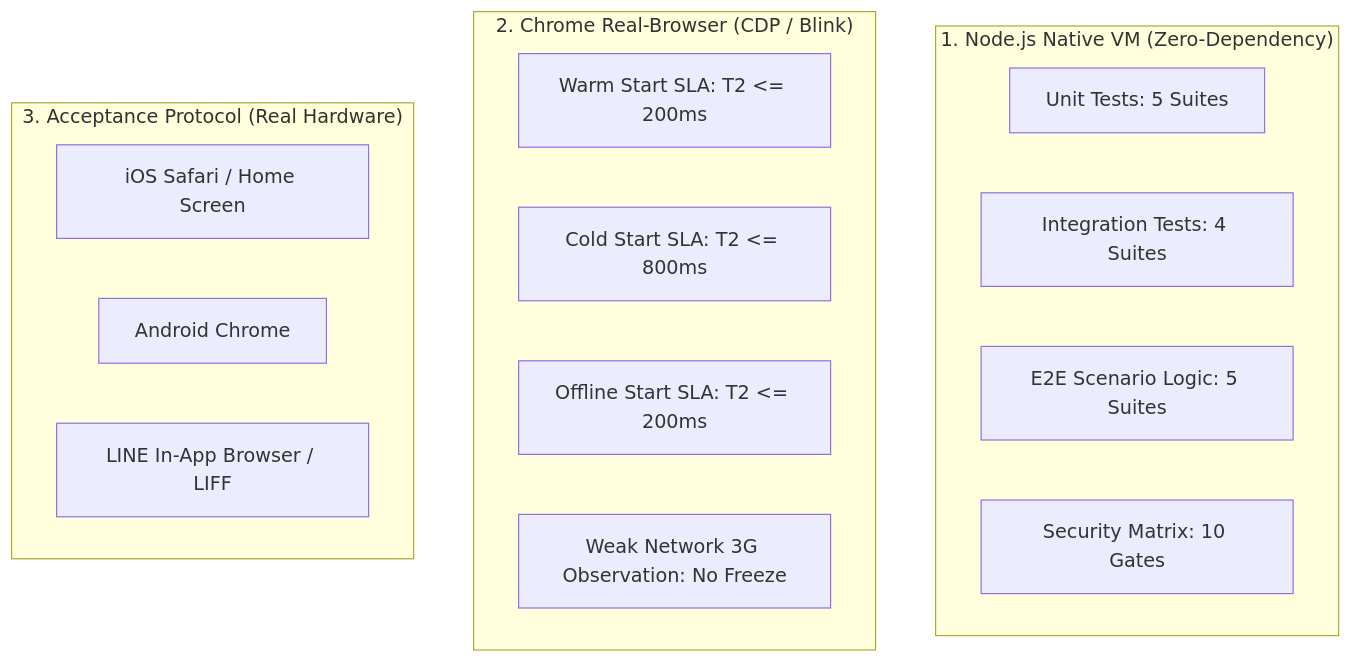
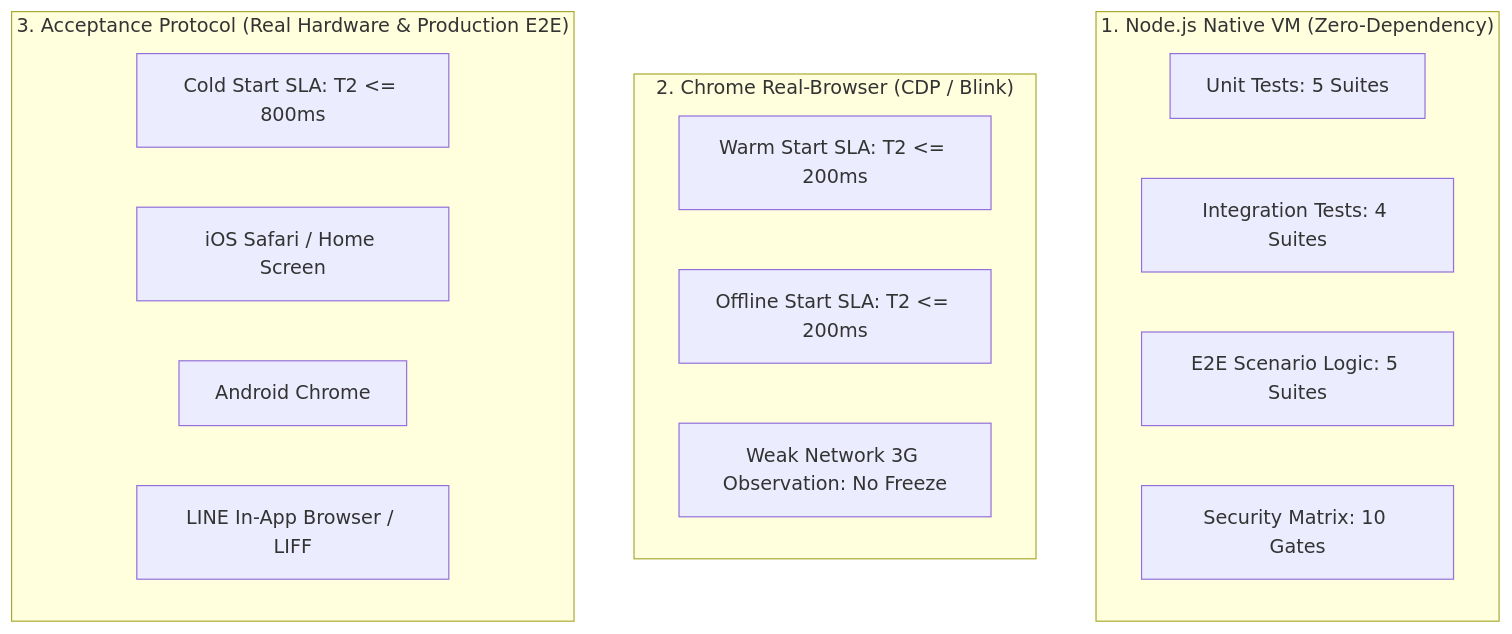
The diagram in docs/architecture/decisions/ADR-017_TESTING_ARCHITECTURE.md (K-IWASA-MK/posting-map-kuwana), drawn with Mermaid before and after one commit. The commit also changed other lines of this file and 11 other files, not shown here.

````diff
--- a/docs/architecture/decisions/ADR-017_TESTING_ARCHITECTURE.md
+++ b/docs/architecture/decisions/ADR-017_TESTING_ARCHITECTURE.md
@@ -83,22 +83,22 @@
 ```mermaid
 graph TD
     subgraph "1. Node.js Native VM (Zero-Dependency)"
         Unit[Unit Tests: 5 Suites]
         Integration[Integration Tests: 4 Suites]
         E2E_Logic[E2E Scenario Logic: 5 Suites]
         Security[Security Matrix: 10 Gates]
     end
 
     subgraph "2. Chrome Real-Browser (CDP / Blink)"
         PerfWarm[Warm Start SLA: T2 <= 200ms]
-        PerfCold[Cold Start SLA: T2 <= 800ms]
         PerfOffline[Offline Start SLA: T2 <= 200ms]
         WeakNet[Weak Network 3G Observation: No Freeze]
     end
 
-    subgraph "3. Acceptance Protocol (Real Hardware)"
+    subgraph "3. Acceptance Protocol (Real Hardware & Production E2E)"
+        PerfCold[Cold Start SLA: T2 <= 800ms]
         iOS[iOS Safari / Home Screen]
         Android[Android Chrome]
         LINE[LINE In-App Browser / LIFF]
     end
 ```
````
